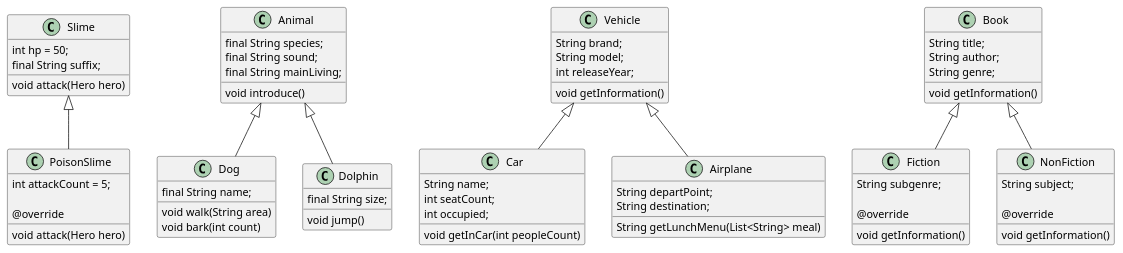
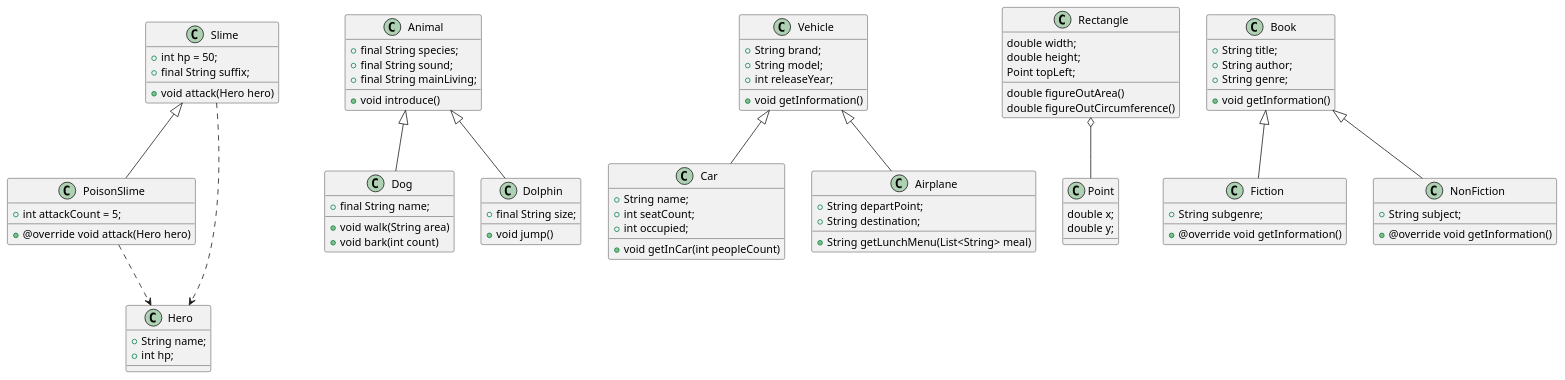
One commit to orm-camp-flutter-2ki/learn_dart_together changed the diagram in lib/24_03_12/24_03_12_class_diagram.puml. Above: the diagram before and after it, drawn with PlantUML. The commit also changed 1 other file, not shown here.

Commit message:
docs: UML 클래스 다이어그램 수정

```diff
--- a/lib/24_03_12/24_03_12_class_diagram.puml
+++ b/lib/24_03_12/24_03_12_class_diagram.puml
@@ -1,78 +1,98 @@
 @startuml
 
 class Slime {
-  int hp = 50;
-  final String suffix;
-  void attack(Hero hero)
+  +int hp = 50;
+  +final String suffix;
+  +void attack(Hero hero)
 }
 
 class PoisonSlime extends Slime {
-  int attackCount = 5;
+  +int attackCount = 5;
 
-  @override
-  void attack(Hero hero)
+  +@override void attack(Hero hero)
 }
 
+class Hero {
+  +String name;
+  +int hp;
+}
+PoisonSlime ..> Hero
+Slime ..> Hero
 class Animal {
-  final String species;
-  final String sound;
-  final String mainLiving;
-  void introduce()
+  +final String species;
+  +final String sound;
+  +final String mainLiving;
+  +void introduce()
 }
 
 class Dog extends Animal {
-  final String name;
-  void walk(String area)
-  void bark(int count)
+  +final String name;
+  +void walk(String area)
+  +void bark(int count)
 }
 
 class Dolphin extends Animal {
-  final String size;
-  void jump()
+  +final String size;
+  +void jump()
 }
 
 class Vehicle {
-  String brand;
-  String model;
-  int releaseYear;
+  +String brand;
+  +String model;
+  +int releaseYear;
 
-  void getInformation()
+  +void getInformation()
 }
 
 class Car extends Vehicle {
-  String name;
-  int seatCount;
-  int occupied;
-  void getInCar(int peopleCount)
+  +String name;
+  +int seatCount;
+  +int occupied;
+  +void getInCar(int peopleCount)
 }
 
 class Airplane extends Vehicle {
-  String departPoint;
-  String destination;
+  +String departPoint;
+  +String destination;
 
-  String getLunchMenu(List<String> meal)
+  +String getLunchMenu(List<String> meal)
 }
 
+class Point {
+  double x;
+  double y;
+}
+
+class Rectangle {
+  double width;
+  double height;
+  Point topLeft;
+  double figureOutArea()
+  double figureOutCircumference()
+}
+
+Rectangle o-- Point
+
 class Book {
-  String title;
-  String author;
-  String genre;
+  +String title;
+  +String author;
+  +String genre;
 
-  void getInformation()
+  +void getInformation()
 }
 
 class Fiction extends Book {
-  String subgenre;
+  +String subgenre;
 
-  @override
-  void getInformation()
+
+  +@override void getInformation()
 }
 
 class NonFiction extends Book {
-  String subject;
+  +String subject;
 
-  @override
-  void getInformation()
+
+  +@override void getInformation()
 }
 
 @enduml
```
